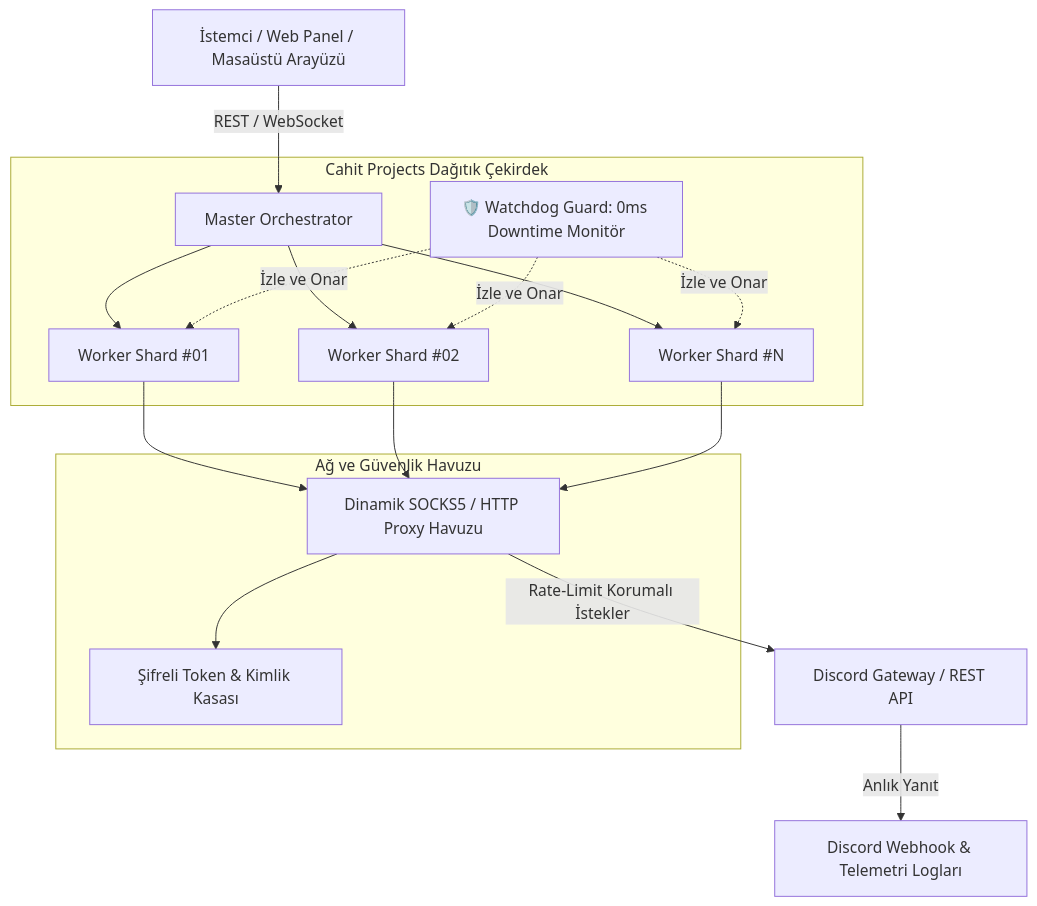
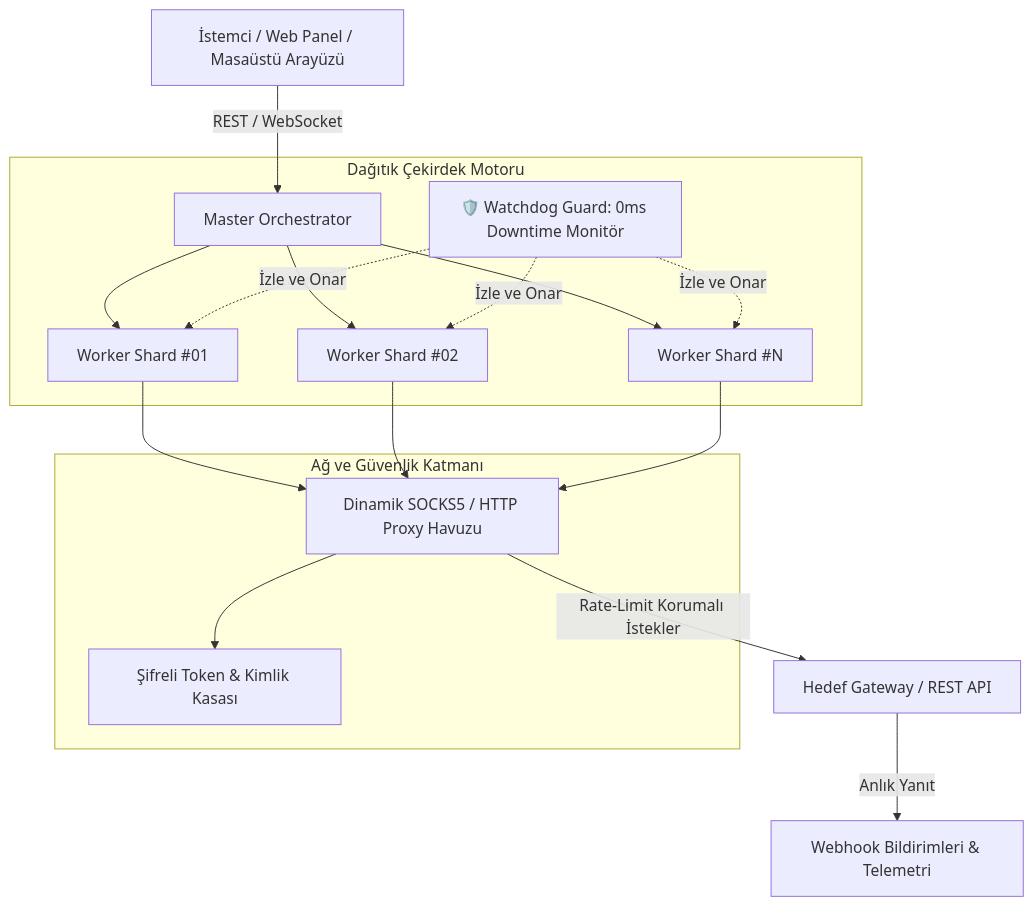
The diagram in README.md (CahitProjects/CahitProjects), drawn with Mermaid before and after one commit. The commit also changed other lines of this file, not shown here.

````diff
--- a/README.md
+++ b/README.md
@@ -79,24 +78,24 @@
 ```mermaid
 graph TD
     Client[İstemci / Web Panel / Masaüstü Arayüzü] -->|REST / WebSocket| Master[Master Orchestrator]
     
-    subgraph Core Engine [Cahit Projects Dağıtık Çekirdek]
+    subgraph Core Engine [Dağıtık Çekirdek Motoru]
         Master --> Worker1[Worker Shard #01]
         Master --> Worker2[Worker Shard #02]
         Master --> WorkerN[Worker Shard #N]
         
         Watchdog[🛡️ Watchdog Guard: 0ms Downtime Monitör] -.->|İzle ve Onar| Worker1
         Watchdog -.->|İzle ve Onar| Worker2
         Watchdog -.->|İzle ve Onar| WorkerN
     end
     
-    subgraph Network Layer [Ağ ve Güvenlik Havuzu]
+    subgraph Network Layer [Ağ ve Güvenlik Katmanı]
         Worker1 --> ProxyPool[Dinamik SOCKS5 / HTTP Proxy Havuzu]
         Worker2 --> ProxyPool
         WorkerN --> ProxyPool
         ProxyPool --> TokenVault[Şifreli Token & Kimlik Kasası]
     end
     
-    ProxyPool -->|Rate-Limit Korumalı İstekler| DiscordAPI[Discord Gateway / REST API]
-    DiscordAPI -->|Anlık Yanıt| WebhookAlerts[Discord Webhook & Telemetri Logları]
+    ProxyPool -->|Rate-Limit Korumalı İstekler| TargetAPI[Hedef Gateway / REST API]
+    TargetAPI -->|Anlık Yanıt| WebhookAlerts[Webhook Bildirimleri & Telemetri]
 ```
````
